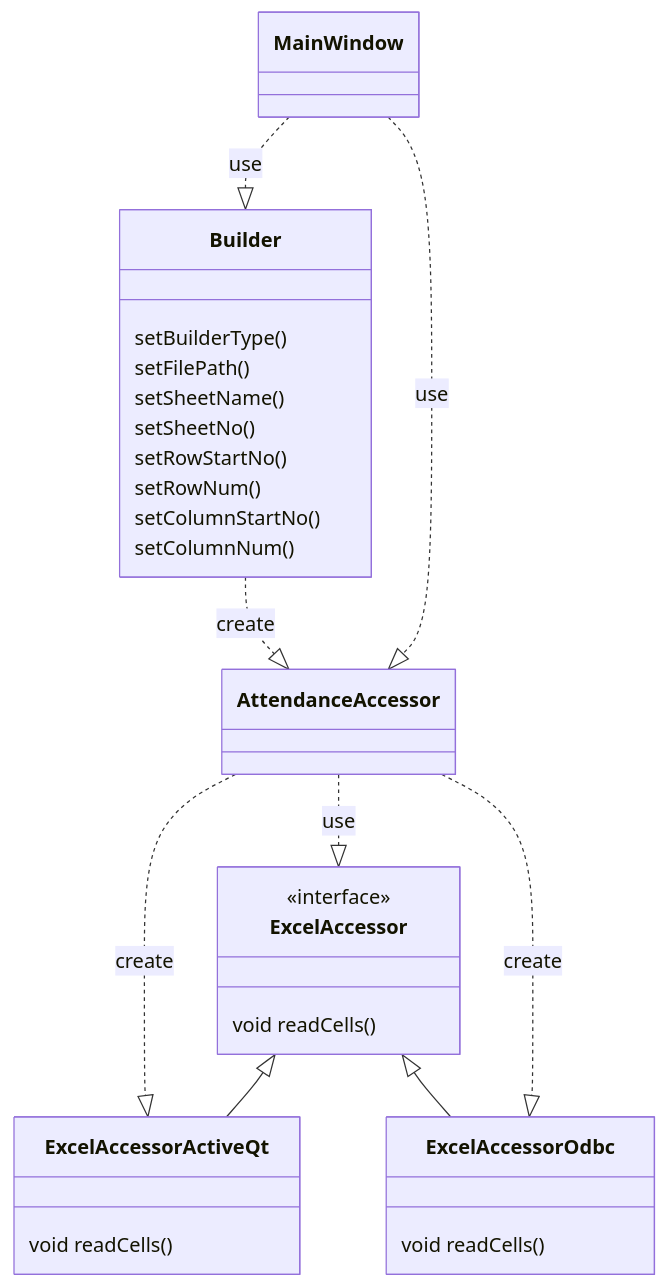
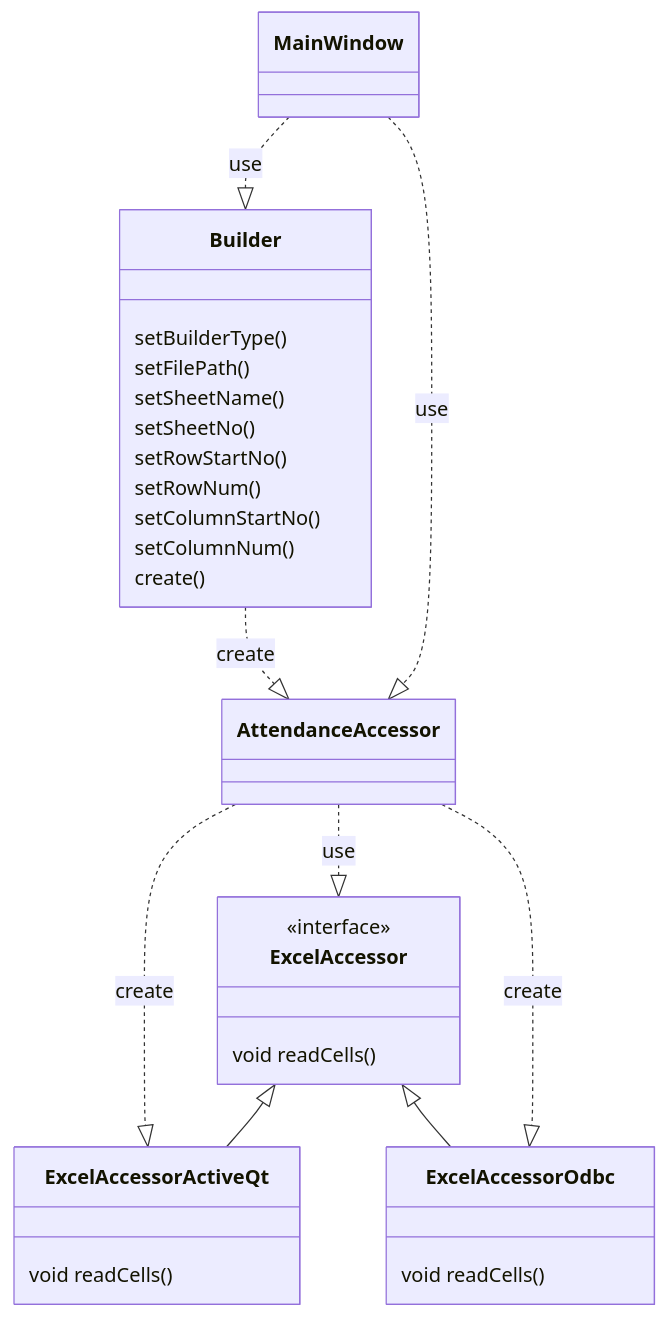
Before and after one commit to argama147/zetprogratv: the third of 3 diagrams in Qt/EARC/doc/AttendanceAccessor.md, drawn with Mermaid.

Commit message:
Update AttendanceAccessor.md
Builderクラスにcreate()を追加

````diff
--- a/Qt/EARC/doc/AttendanceAccessor.md
+++ b/Qt/EARC/doc/AttendanceAccessor.md
@@ -42,35 +42,36 @@
 ```mermaid
 classDiagram
     class MainWindow {
     }
     class Builder {
         setBuilderType()
         setFilePath()
         setSheetName()
         setSheetNo()
         setRowStartNo()
         setRowNum()
         setColumnStartNo()
         setColumnNum()
+        create()
     }
     class AttendanceAccessor {
     }
     class ExcelAccessor {
         void readCells()
     }
     <<interface>> ExcelAccessor
     class ExcelAccessorActiveQt {
         void readCells()
     }
     class ExcelAccessorOdbc {
         void readCells()
     }
     ExcelAccessor <|-- ExcelAccessorActiveQt
     ExcelAccessor <|-- ExcelAccessorOdbc
     MainWindow ..|> Builder : use
     MainWindow ..|> AttendanceAccessor : use
     AttendanceAccessor ..|> ExcelAccessorActiveQt : create
     AttendanceAccessor ..|> ExcelAccessor : use
     AttendanceAccessor ..|> ExcelAccessorOdbc : create
     Builder ..|> AttendanceAccessor : create
 ```
````
